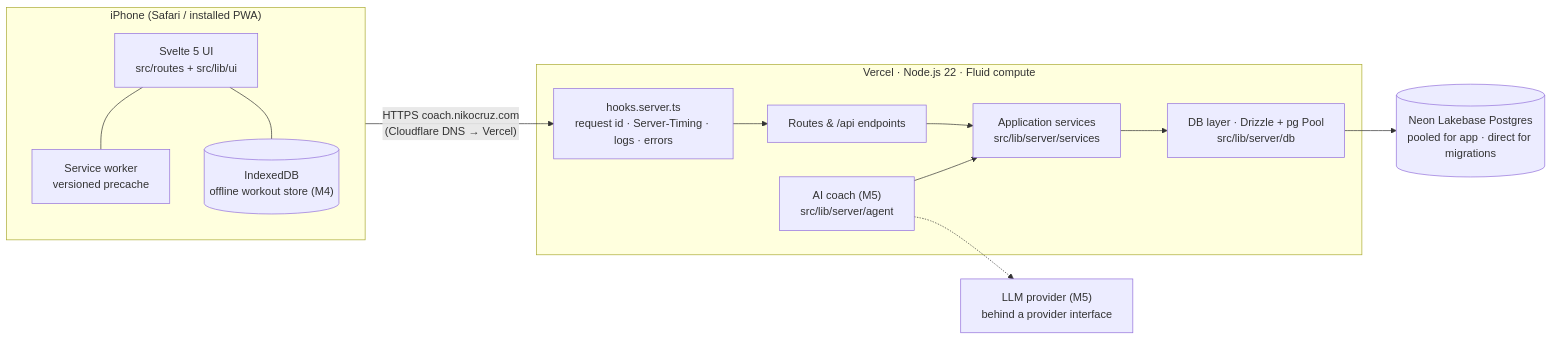
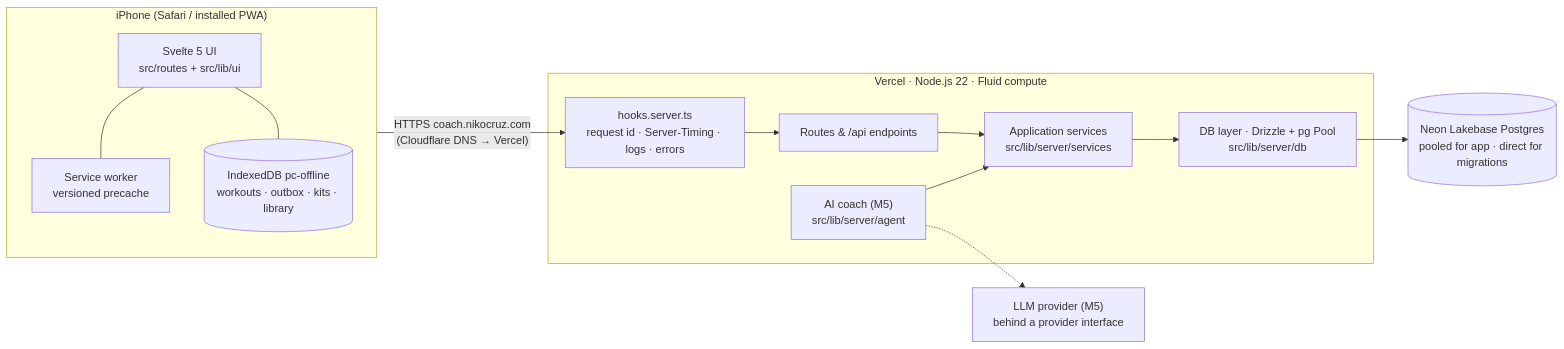
The first of 3 diagrams in docs/architecture.md (TheCruzControll/performance-coach), drawn with Mermaid before and after one commit. The commit also changed other lines of this file and 11 other files, not shown here.

First line of the commit message:
docs: the offline workout architecture and its ADR, measured workout performance, the test inventory and M4 status

````diff
--- a/docs/architecture.md
+++ b/docs/architecture.md
@@ -12,27 +12,27 @@
 ```mermaid
 flowchart LR
   subgraph Device["iPhone (Safari / installed PWA)"]
     UI["Svelte 5 UI<br/>src/routes + src/lib/ui"]
     SW["Service worker<br/>versioned precache"]
-    IDB[("IndexedDB<br/>offline workout store (M4)")]
+    IDB[("IndexedDB pc-offline<br/>workouts · outbox · kits · library")]
     UI --- SW
     UI --- IDB
   end
 
   subgraph Vercel["Vercel · Node.js 22 · Fluid compute"]
     Hooks["hooks.server.ts<br/>request id · Server-Timing · logs · errors"]
     Routes["Routes & /api endpoints"]
     Services["Application services<br/>src/lib/server/services"]
     Agent["AI coach (M5)<br/>src/lib/server/agent"]
     DB["DB layer · Drizzle + pg Pool<br/>src/lib/server/db"]
     Hooks --> Routes --> Services --> DB
     Agent --> Services
   end
 
   Neon[("Neon Lakebase Postgres<br/>pooled for app · direct for migrations")]
   LLM["LLM provider (M5)<br/>behind a provider interface"]
 
   Device -- "HTTPS coach.nikocruz.com<br/>(Cloudflare DNS → Vercel)" --> Hooks
   DB --> Neon
   Agent -.-> LLM
 ```
````
